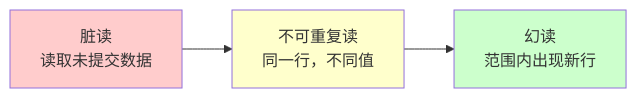
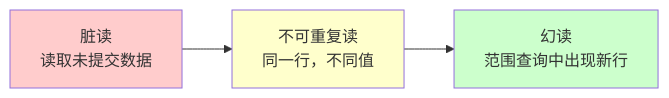
Before and after one commit to YiWang24/AiDIY: the third of 5 diagrams in i18n/zh-Hans/docusaurus-plugin-content-docs/current/cs/database/mysql/transactions.mdx, drawn with Mermaid. The commit also changed other lines of this file and 59 other files, not shown here.

````diff
--- a/i18n/zh-Hans/docusaurus-plugin-content-docs/current/cs/database/mysql/transactions.mdx
+++ b/i18n/zh-Hans/docusaurus-plugin-content-docs/current/cs/database/mysql/transactions.mdx
@@ -177,9 +177,9 @@
 ```mermaid
 graph LR
     A[脏读<br/>读取未提交数据] --> B[不可重复读<br/>同一行，不同值]
-    B --> C[幻读<br/>范围内出现新行]
+    B --> C[幻读<br/>范围查询中出现新行]
 
     style A fill:#ffcccc
     style B fill:#ffffcc
     style C fill:#ccffcc
 ```
````
